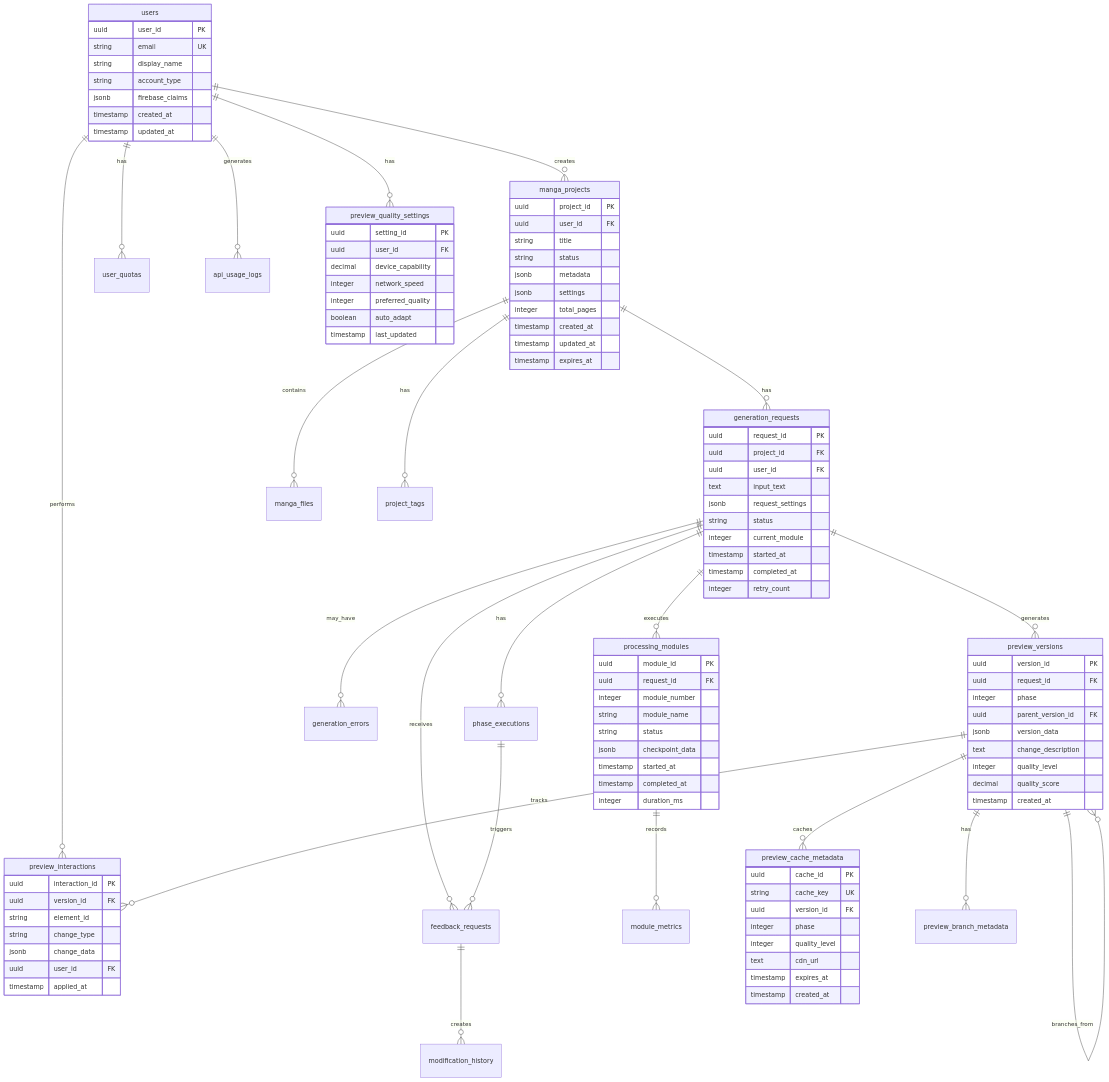
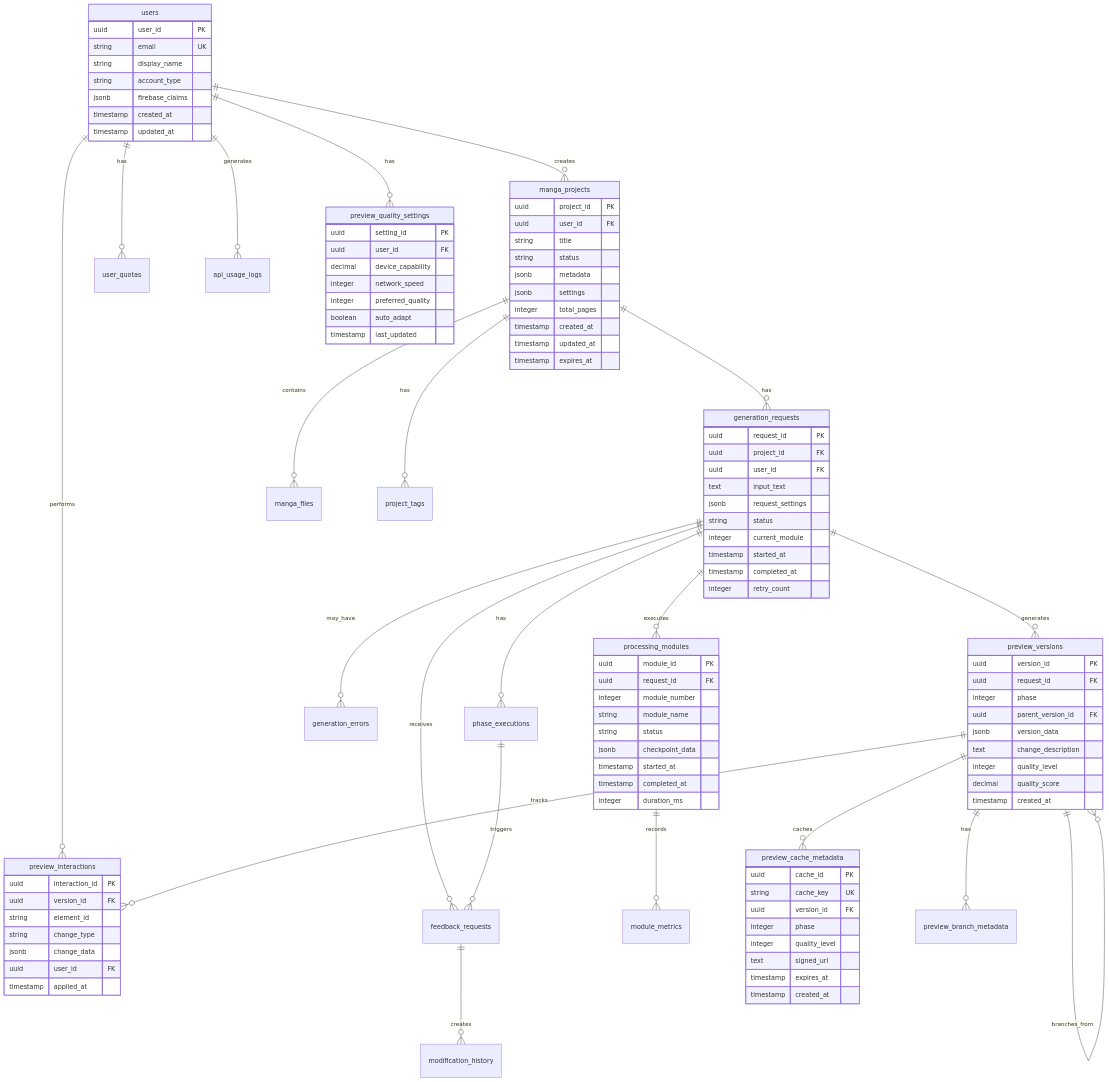
Before and after one commit to WLONEGI/AI_Agent_Hackathon_with_Google_Cloud_3rd: the second of 2 diagrams in docs/06.データベース設計書.md, drawn with Mermaid. The commit also changed other lines of this file and 357 other files, not shown here.

```diff
--- a/docs/06.データベース設計書.md
+++ b/docs/06.データベース設計書.md
@@ -189,7 +184,7 @@
         uuid version_id FK
         integer phase
         integer quality_level
-        text cdn_url
+        text signed_url
         timestamp expires_at
         timestamp created_at
     }
```
